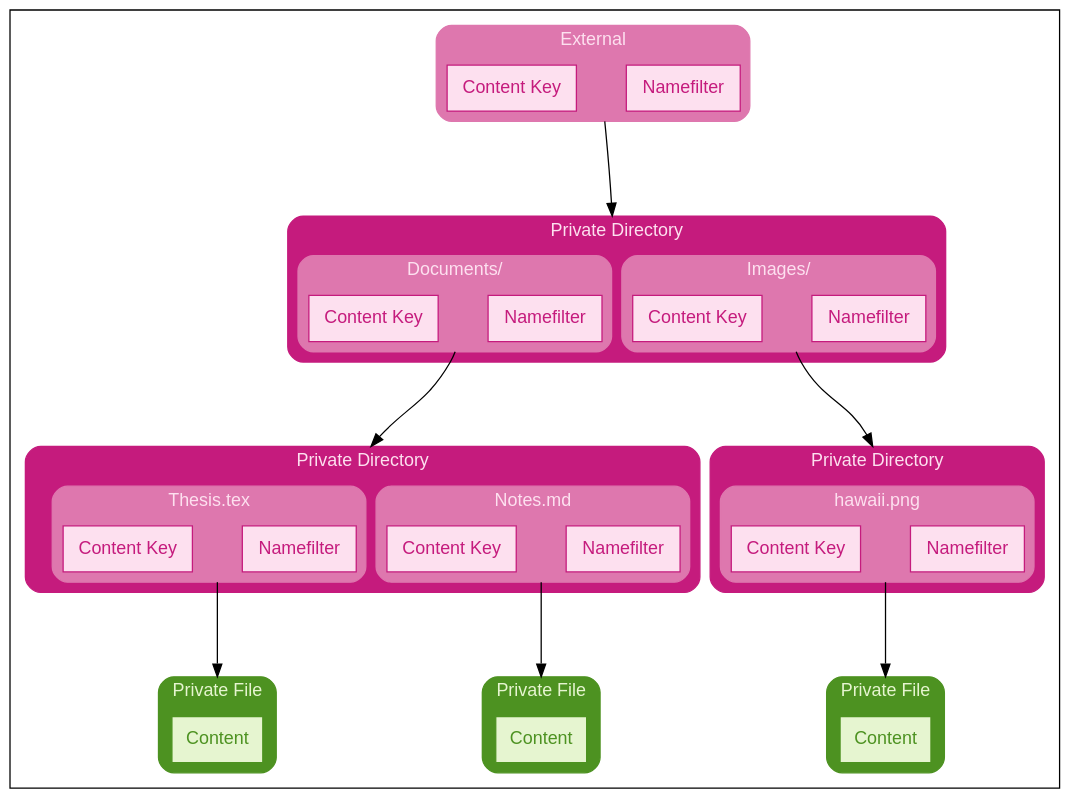
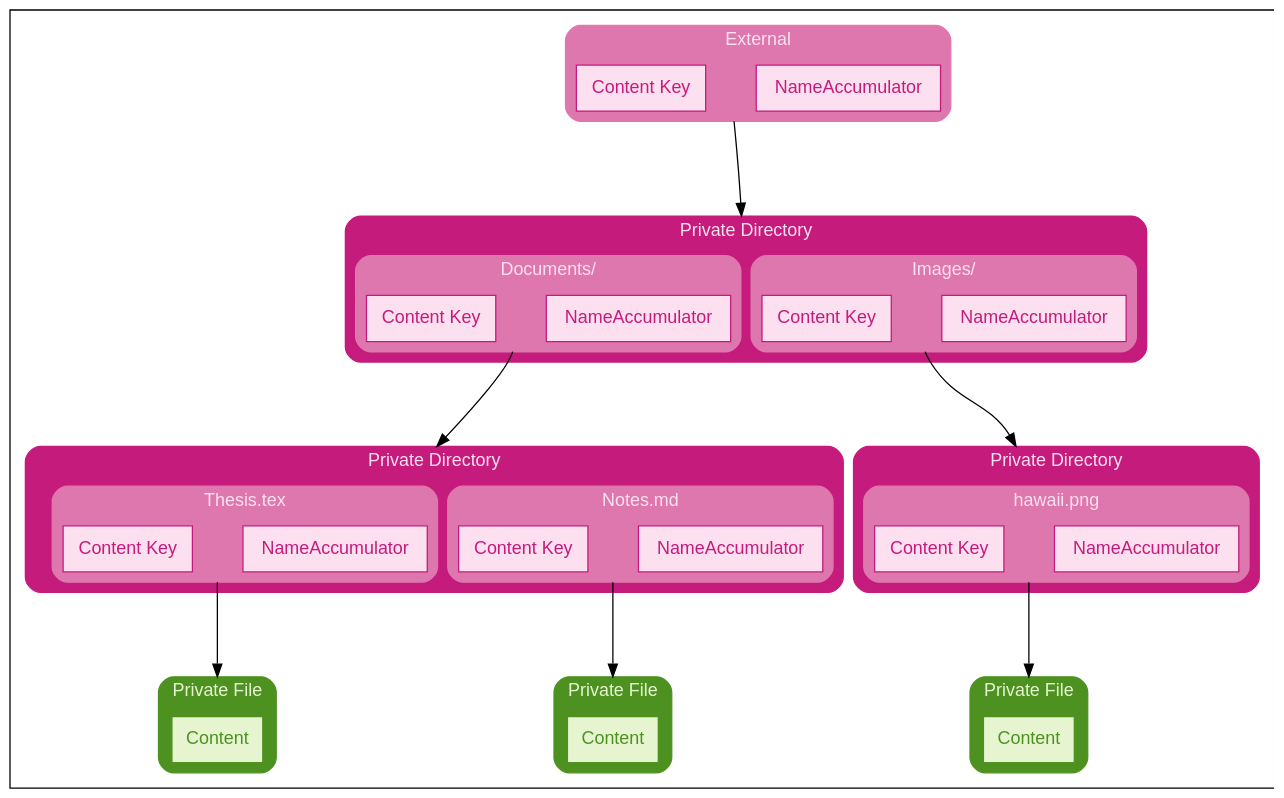
The diagram in spec/diagrams/read_hierarchy.dot (wnfs-wg/spec), drawn with Graphviz before and after one commit. The commit also changed 17 other files, not shown here.

```diff
--- a/spec/diagrams/read_hierarchy.dot
+++ b/spec/diagrams/read_hierarchy.dot
@@ -46,7 +46,7 @@
             fillcolor = 5
         ]
 
-        external_namefilter [label = "Namefilter"]
+        external_nameaccum [label = "NameAccumulator"]
         external_hidden [label = "" shape = point style = invis]
         external_content_key [label = "Content Key"]
     }
@@ -71,7 +71,7 @@
                 fillcolor = 5
             ]
 
-            docs_namefilter [label = "Namefilter"]
+            docs_nameaccum [label = "NameAccumulator"]
             docs_ptr_hidden [label = "" shape = point style = invis]
             docs_content_key [label = "Content Key"]
         }
@@ -89,7 +89,7 @@
                 fillcolor = 5
             ]
 
-            images_namefilter [label = "Namefilter"]
+            images_nameaccum [label = "NameAccumulator"]
             images_ptr_hidden [label = "" shape = point style = invis]
             images_content_key [label = "Content Key"]
         }
@@ -115,7 +115,7 @@
                 fillcolor = 5
             ]
 
-            thesis_namefilter [label = "Namefilter"]
+            thesis_nameaccum [label = "NameAccumulator"]
             thesis_ptr_hidden [label = "" shape = point style = invis]
             thesis_content_key [label = "Content Key"]
         }
@@ -133,7 +133,7 @@
                 fillcolor = 5
             ]
 
-            notes_namefilter [label = "Namefilter"]
+            notes_nameaccum [label = "NameAccumulator"]
             notes_ptr_hidden [label = "" shape = point style = invis]
             notes_content_key [label = "Content Key"]
         }
@@ -161,7 +161,7 @@
                 fillcolor = 5
             ]
 
-            hawaii_namefilter [label = "Namefilter"]
+            hawaii_nameaccum [label = "NameAccumulator"]
             hawaii_ptr_hidden [label = "" shape = point style = invis]
             hawaii_content_key [label = "Content Key"]
         }
@@ -190,12 +190,12 @@
     # EDGES #
     #########
 
-    external_hidden -> docs_namefilter:e [
+    external_hidden -> docs_nameaccum:e [
         ltail = cluster_external
         lhead = cluster_entry_dir
     ]
 
-    docs_ptr_hidden -> thesis_namefilter [
+    docs_ptr_hidden -> thesis_nameaccum [
         ltail = cluster_docs_ptr
         lhead = cluster_docs_dir
     ]
```
